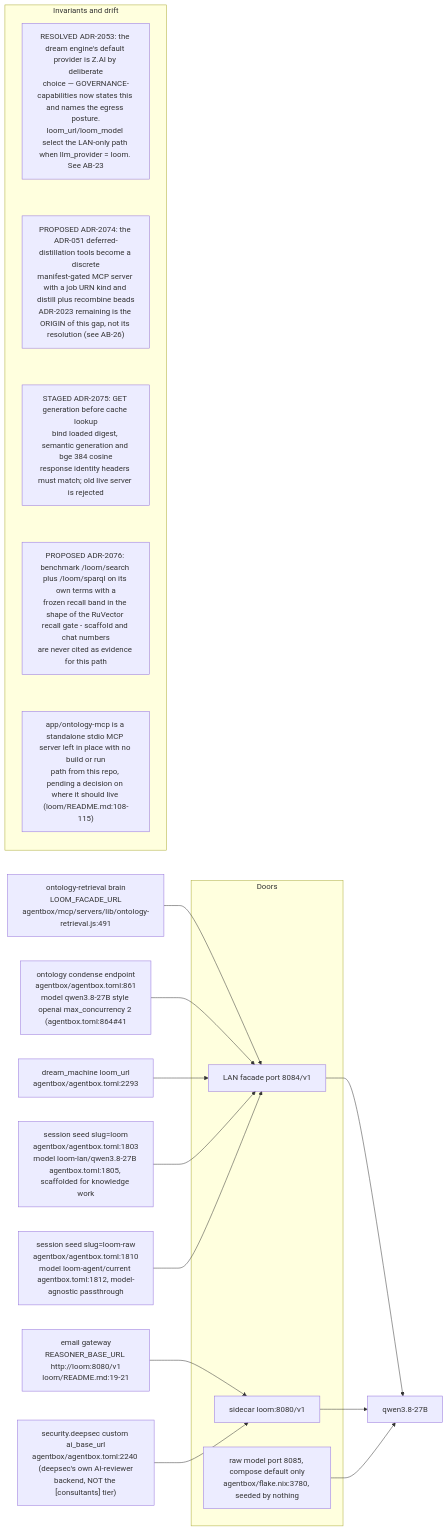
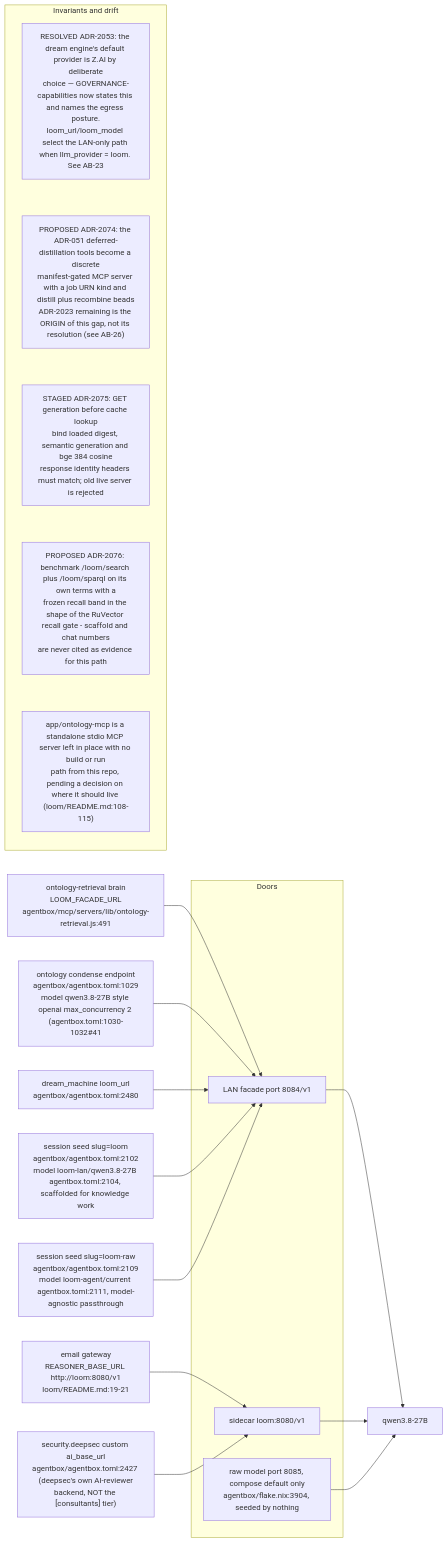
Before and after one commit to DreamLab-AI/VisionFlow: the eighth of 13 diagrams in docs/diagrams/agentbox/24-loom-facade.md, drawn with Mermaid. The commit also changed other lines of this file and 80 other files, not shown here.

First line of the commit message:
docs(diagrams): re-verify the agentbox, dreamlab, estate and visionflow corpus against current sources

````diff
--- a/docs/diagrams/agentbox/24-loom-facade.md
+++ b/docs/diagrams/agentbox/24-loom-facade.md
@@ -315,27 +315,27 @@
 ```mermaid
 flowchart LR
     subgraph doors["Doors"]
         D84["LAN facade port 8084/v1"]
         D80["sidecar loom:8080/v1"]
-        D85["raw model port 8085, compose default only<br/>agentbox/flake.nix:3780, seeded by nothing"]
+        D85["raw model port 8085, compose default only<br/>agentbox/flake.nix:3904, seeded by nothing"]
     end
     RET["ontology-retrieval brain<br/>LOOM_FACADE_URL<br/>agentbox/mcp/servers/lib/ontology-retrieval.js:491"] --> D84
-    COND["ontology condense endpoint<br/>agentbox/agentbox.toml:861<br/>model qwen3.8-27B style openai max_concurrency 2 #40;agentbox.toml:864#41;"] --> D84
-    DREAM["dream_machine loom_url<br/>agentbox/agentbox.toml:2293"] --> D84
-    SEEDL["session seed slug=loom<br/>agentbox/agentbox.toml:1803<br/>model loom-lan/qwen3.8-27B agentbox.toml:1805, scaffolded for knowledge work"] --> D84
-    SEEDR["session seed slug=loom-raw<br/>agentbox/agentbox.toml:1810<br/>model loom-agent/current agentbox.toml:1812, model-agnostic passthrough"] --> D84
+    COND["ontology condense endpoint<br/>agentbox/agentbox.toml:1029<br/>model qwen3.8-27B style openai max_concurrency 2 #40;agentbox.toml:1030-1032#41;"] --> D84
+    DREAM["dream_machine loom_url<br/>agentbox/agentbox.toml:2480"] --> D84
+    SEEDL["session seed slug=loom<br/>agentbox/agentbox.toml:2102<br/>model loom-lan/qwen3.8-27B agentbox.toml:2104, scaffolded for knowledge work"] --> D84
+    SEEDR["session seed slug=loom-raw<br/>agentbox/agentbox.toml:2109<br/>model loom-agent/current agentbox.toml:2111, model-agnostic passthrough"] --> D84
     EMAIL["email gateway<br/>REASONER_BASE_URL http://loom:8080/v1<br/>loom/README.md:19-21"] --> D80
-    CUST["security.deepsec custom ai_base_url<br/>agentbox/agentbox.toml:2240 #40;deepsec#39;s own AI-reviewer<br/>backend, NOT the #91;consultants#93; tier#41;"] --> D80
+    CUST["security.deepsec custom ai_base_url<br/>agentbox/agentbox.toml:2427 #40;deepsec#39;s own AI-reviewer<br/>backend, NOT the #91;consultants#93; tier#41;"] --> D80
     D84 --> M["qwen3.8-27B"]
     D80 --> M
     D85 --> M
     subgraph notes["Invariants and drift"]
         direction TB
         N1["RESOLVED ADR-2053: the dream engine's default provider is Z.AI by deliberate<br/>choice — GOVERNANCE-capabilities now states this and names the egress posture.<br/>loom_url/loom_model select the LAN-only path when llm_provider = loom. See AB-23"]
         N2["PROPOSED ADR-2074: the ADR-051 deferred-distillation tools become a discrete<br/>manifest-gated MCP server with a job URN kind and distill plus recombine beads<br/>ADR-2023 remaining is the ORIGIN of this gap, not its resolution (see AB-26)"]
         N3["STAGED ADR-2075: GET generation before cache lookup<br/>bind loaded digest, semantic generation and bge 384 cosine<br/>response identity headers must match; old live server is rejected"]
         N4["PROPOSED ADR-2076: benchmark /loom/search plus /loom/sparql on its own terms with a<br/>frozen recall band in the shape of the RuVector recall gate - scaffold and chat numbers<br/>are never cited as evidence for this path"]
         N5["app/ontology-mcp is a standalone stdio MCP server left in place with no build or run<br/>path from this repo, pending a decision on where it should live (loom/README.md:108-115)"]
         N1 ~~~ N2 ~~~ N3 ~~~ N4 ~~~ N5
     end
 ```
````
